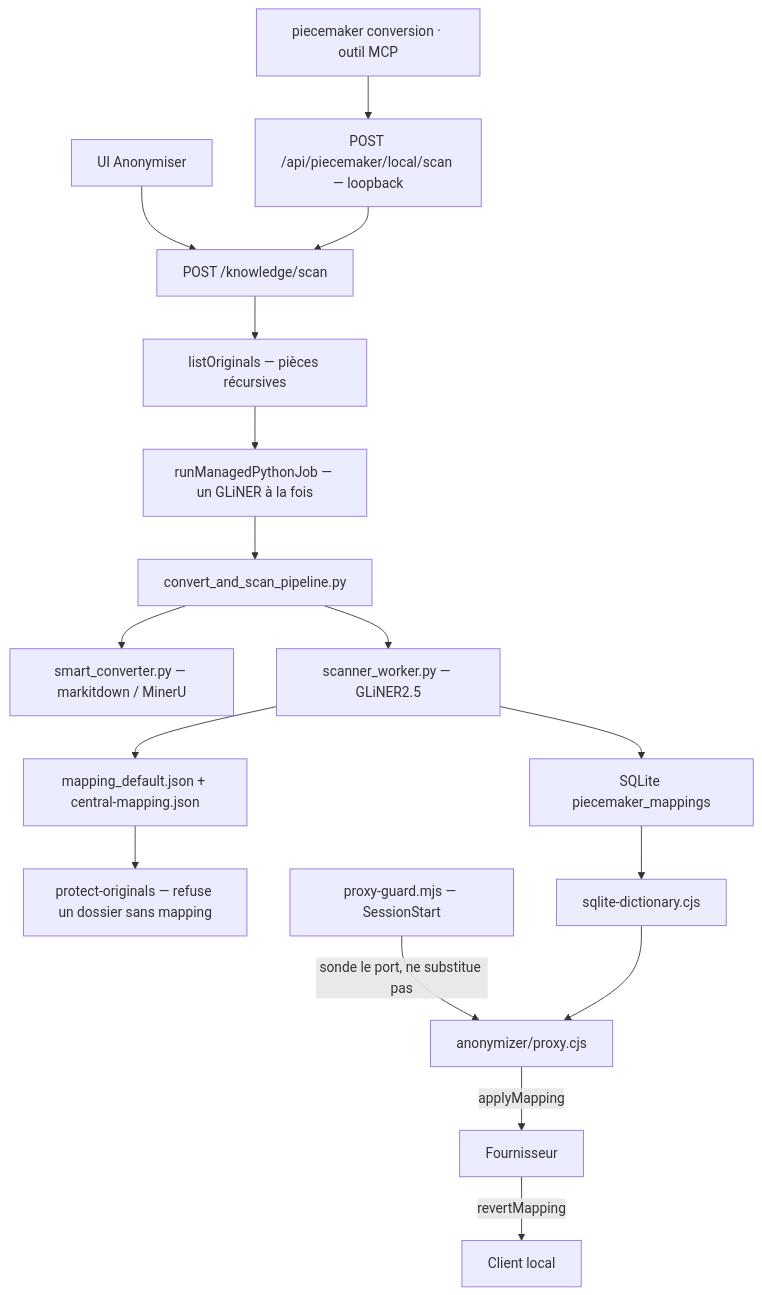
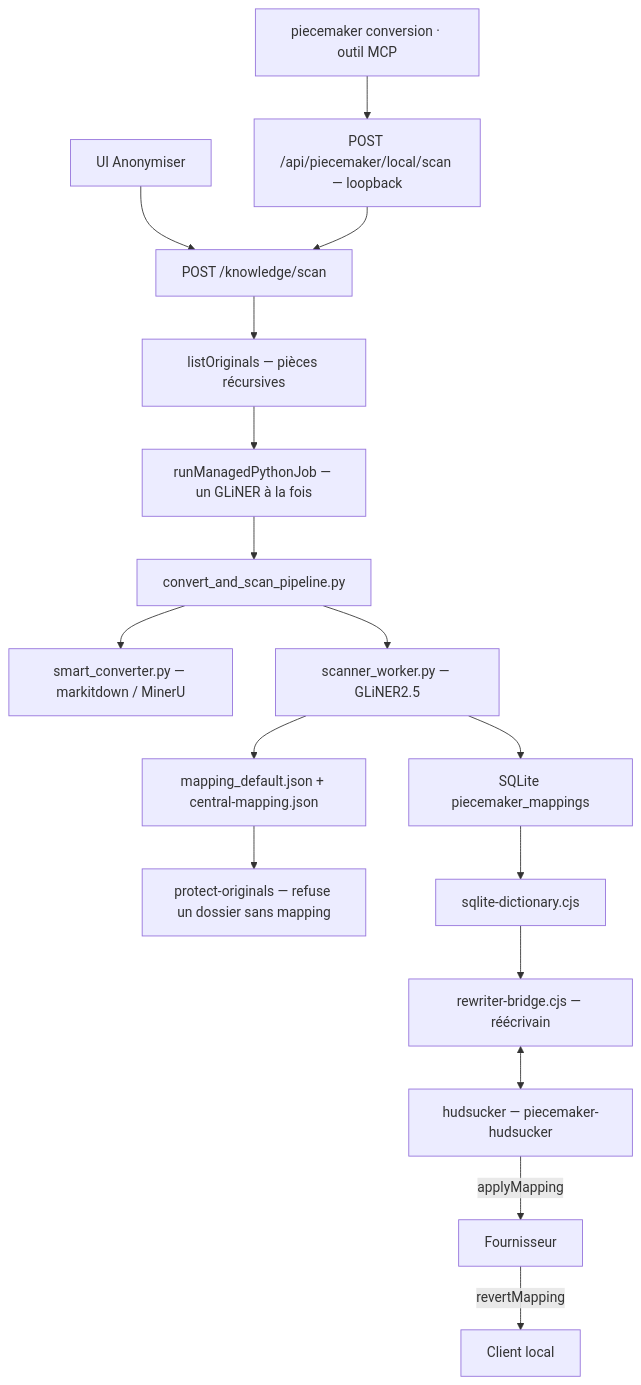
One commit to PieceMaker-Legal/piecemaker-droit-francais changed the diagram in docs/anonymisation.md. Above: the diagram before and after it, drawn with Mermaid. The commit also changed other lines of this file and 30 other files, not shown here.

First line of the commit message:
fix(anonymizer): le proxy PII hudsucker naît et meurt avec PieceMaker

````diff
--- a/docs/anonymisation.md
+++ b/docs/anonymisation.md
@@ -15,19 +15,19 @@
 ```mermaid
 flowchart TD
   UI["UI Anonymiser"] --> API["POST /knowledge/scan"]
   CLI["piecemaker conversion · outil MCP"] --> LOCAL["POST /api/piecemaker/local/scan — loopback"]
   LOCAL --> API
   API --> LIST["listOriginals — pièces récursives"]
   LIST --> LOCK["runManagedPythonJob — un GLiNER à la fois"]
   LOCK --> PY["convert_and_scan_pipeline.py"]
   PY --> MD["smart_converter.py — markitdown / MinerU"]
   PY --> SCAN["scanner_worker.py — GLiNER2.5"]
   SCAN --> JSON["mapping_default.json + central-mapping.json"]
   SCAN --> SQL["SQLite piecemaker_mappings"]
   JSON --> HOOK["protect-originals — refuse un dossier sans mapping"]
   SQL --> DICT["sqlite-dictionary.cjs"]
-  GUARD["proxy-guard.mjs — SessionStart"] -->|"sonde le port, ne substitue pas"| PROXY
-  DICT --> PROXY["anonymizer/proxy.cjs"]
+  DICT --> BRIDGE["rewriter-bridge.cjs — réécrivain"]
+  BRIDGE <--> PROXY["hudsucker — piecemaker-hudsucker"]
   PROXY -->|"applyMapping"| UP["Fournisseur"]
   UP -->|"revertMapping"| DOWN["Client local"]
 ```
````
